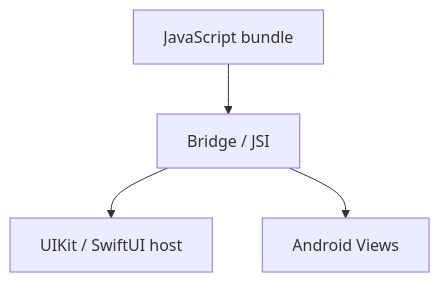
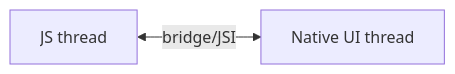
Before and after one commit to tiagocosmai/study-materials: the diagram in frontend/07-react-native.md, drawn with Mermaid. The commit also changed other lines of this file and 14 other files, not shown here.

````diff
--- a/frontend/07-react-native.md
+++ b/frontend/07-react-native.md
@@ -7,9 +7,6 @@
 ```mermaid
-flowchart TB
-  JS[JavaScript bundle]
-  BR[Bridge / JSI]
-  IOS[UIKit / SwiftUI host]
-  AND[Android Views]
-  JS --> BR --> IOS
-  BR --> AND
+flowchart LR
+  JS[JS thread]
+  NAT[Native UI thread]
+  JS <-->|bridge/JSI| NAT
 ```
````
